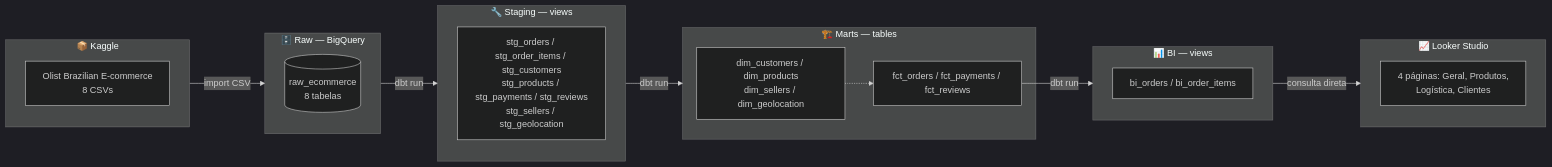
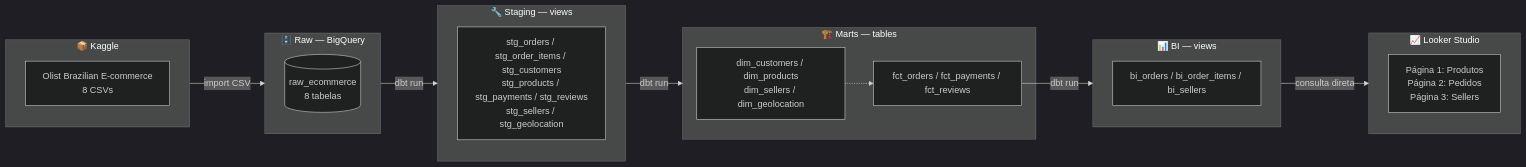
One commit to fsemeneze/raw_ecommerce changed the diagram in README.md. Above: the diagram before and after it, drawn with Mermaid (dark theme). The commit also changed other lines of this file, not shown here.

````diff
--- a/README.md
+++ b/README.md
@@ -7,34 +7,34 @@
 ```mermaid
 flowchart LR
     subgraph Source["📦 Kaggle"]
         K["Olist Brazilian E-commerce<br/>8 CSVs"]
     end
 
     subgraph Raw["🗄️ Raw — BigQuery"]
         R[(raw_ecommerce<br/>8 tabelas)]
     end
 
     subgraph Staging["🔧 Staging — views"]
         S["stg_orders / stg_order_items / stg_customers<br/>stg_products / stg_payments / stg_reviews<br/>stg_sellers / stg_geolocation"]
     end
 
     subgraph Marts["🏗️ Marts — tables"]
         D["dim_customers / dim_products<br/>dim_sellers / dim_geolocation"]
         F["fct_orders / fct_payments / fct_reviews"]
     end
 
     subgraph BI["📊 BI — views"]
-        B["bi_orders / bi_order_items"]
+        B["bi_orders / bi_order_items / bi_sellers"]
     end
 
     subgraph Dashboard["📈 Looker Studio"]
-        L["4 páginas: Geral, Produtos,<br/>Logística, Clientes"]
+        L["Página 1: Produtos<br/>Página 2: Pedidos<br/>Página 3: Sellers"]
     end
 
     Source -->|"import CSV"| Raw
     Raw -->|"dbt run"| Staging
     Staging -->|"dbt run"| Marts
     D -.-> F
     F -->|"dbt run"| BI
     BI -->|"consulta direta"| Dashboard
 ```
````
